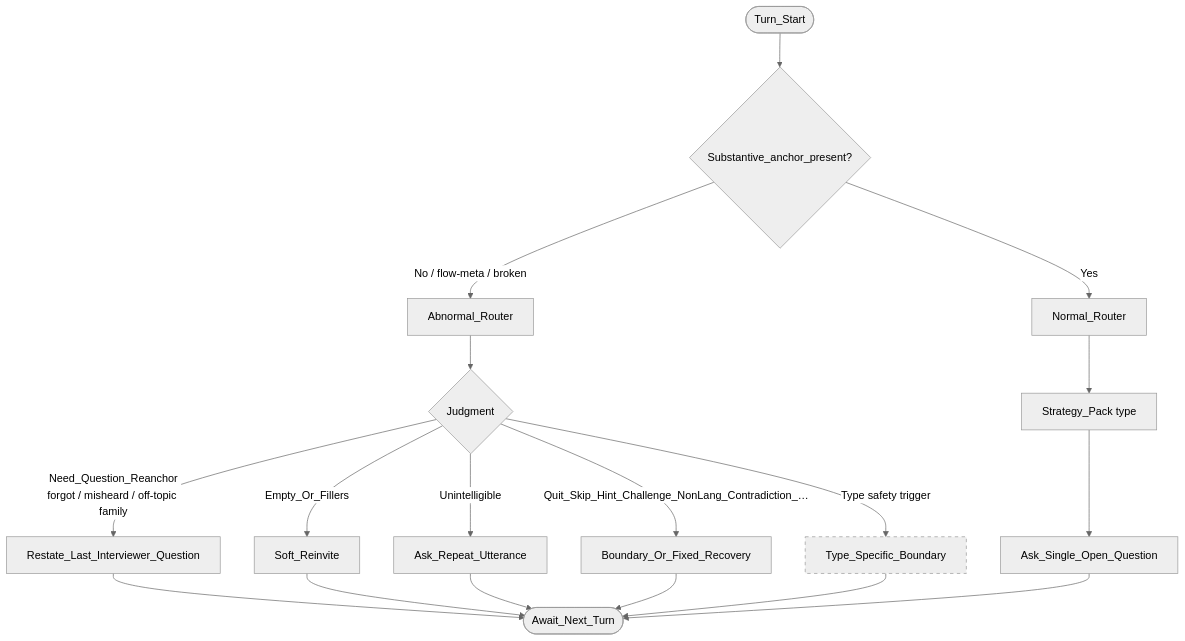
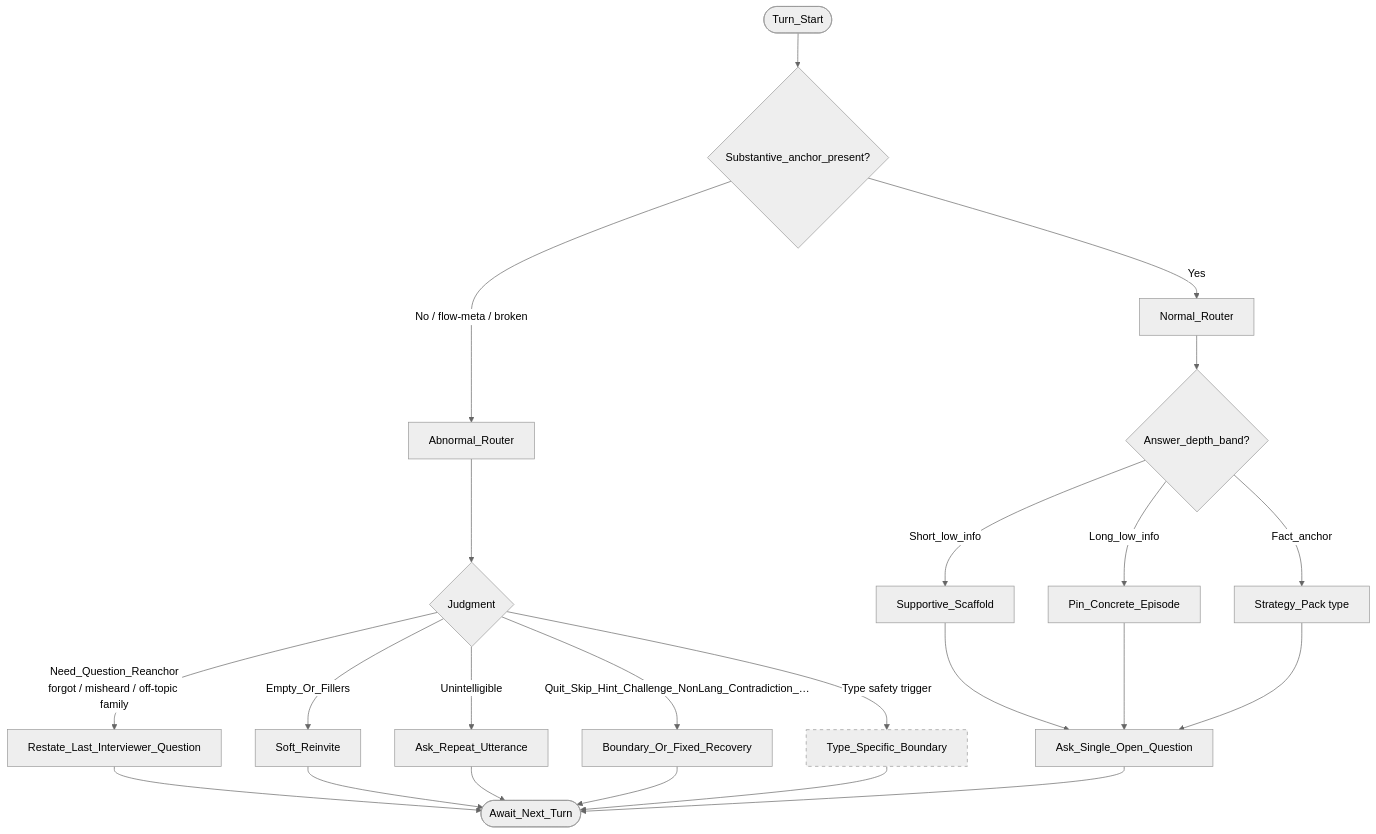
Before and after one commit to yuanlin-82/ai-interview-decision-map: the diagram in maps/overview.md, drawn with Mermaid (neutral theme). The commit also changed other lines of this file and 6 other files, not shown here.

First line of the commit message:
Add Normal-lane answer-depth routing to the follow-up decision map.

````diff
--- a/maps/overview.md
+++ b/maps/overview.md
@@ -15,28 +16,35 @@
 ```mermaid
 flowchart TD
   Start([Turn_Start]) --> J1{Substantive_anchor_present?}
 
   J1 -->|No / flow-meta / broken| Abnormal[Abnormal_Router]
   J1 -->|Yes| Normal[Normal_Router]
 
   Abnormal --> J2{Judgment}
 
   J2 -->|Need_Question_Reanchor<br/>forgot / misheard / off-topic family| A_Restate[Restate_Last_Interviewer_Question]
   J2 -->|Empty_Or_Fillers| A_Soft[Soft_Reinvite]
   J2 -->|Unintelligible| A_Repeat[Ask_Repeat_Utterance]
   J2 -->|Quit_Skip_Hint_Challenge_NonLang_Contradiction_…| A_Fixed[Boundary_Or_Fixed_Recovery]
   J2 -->|Type safety trigger| A_Type[Type_Specific_Boundary]
 
   A_Restate --> Await([Await_Next_Turn])
   A_Soft --> Await
   A_Repeat --> Await
   A_Fixed --> Await
   A_Type --> Await
 
-  Normal --> Pack[Strategy_Pack type]
-  Pack --> OneQ[Ask_Single_Open_Question]
+  Normal --> J3{Answer_depth_band?}
+
+  J3 -->|Short_low_info| A_Support[Supportive_Scaffold]
+  J3 -->|Long_low_info| A_Pin[Pin_Concrete_Episode]
+  J3 -->|Fact_anchor| Pack[Strategy_Pack type]
+
+  A_Support --> OneQ[Ask_Single_Open_Question]
+  A_Pin --> OneQ
+  Pack --> OneQ
   OneQ --> Await
 
   classDef dash stroke-dasharray: 5 5
   class A_Type dash
 ```
````
